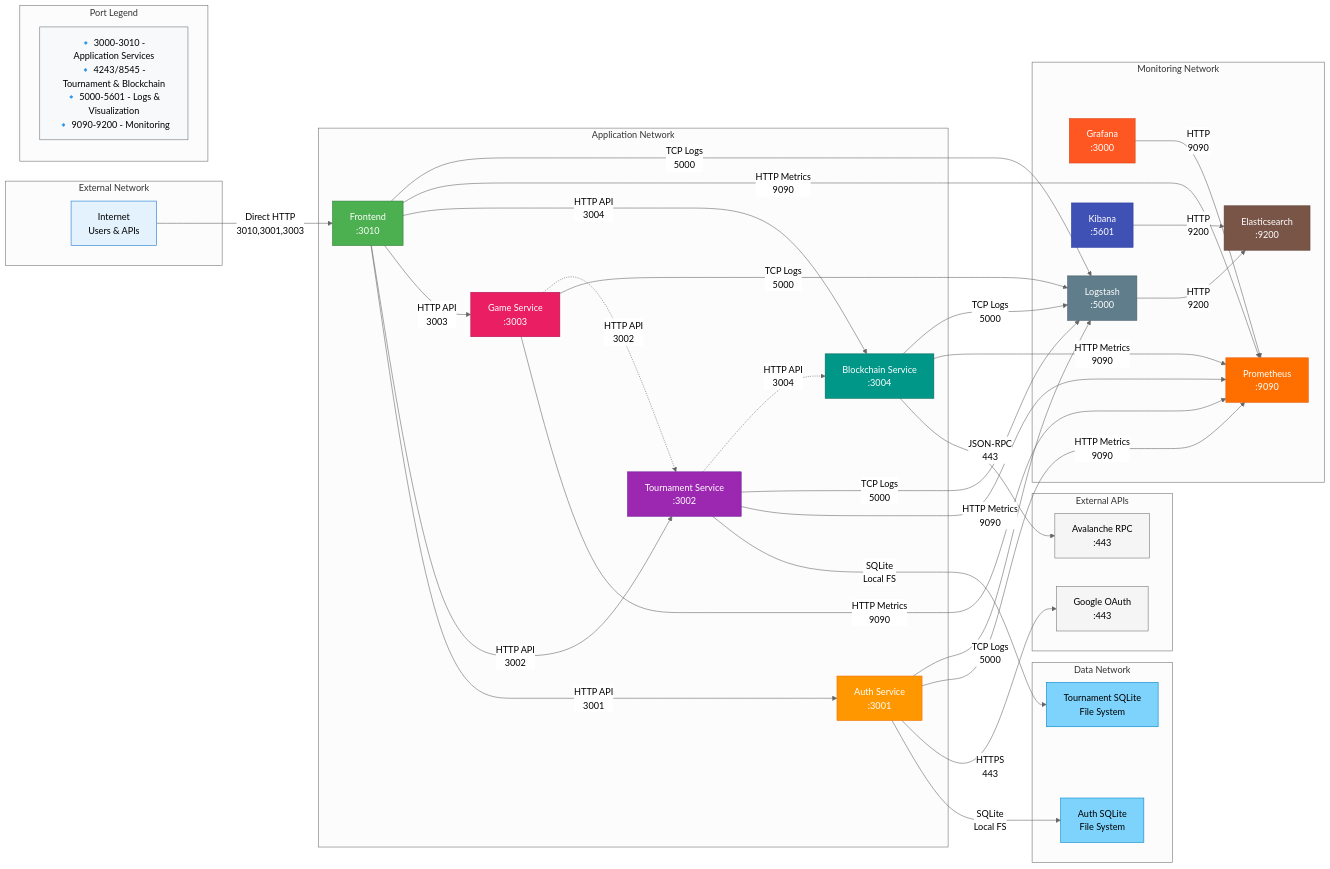
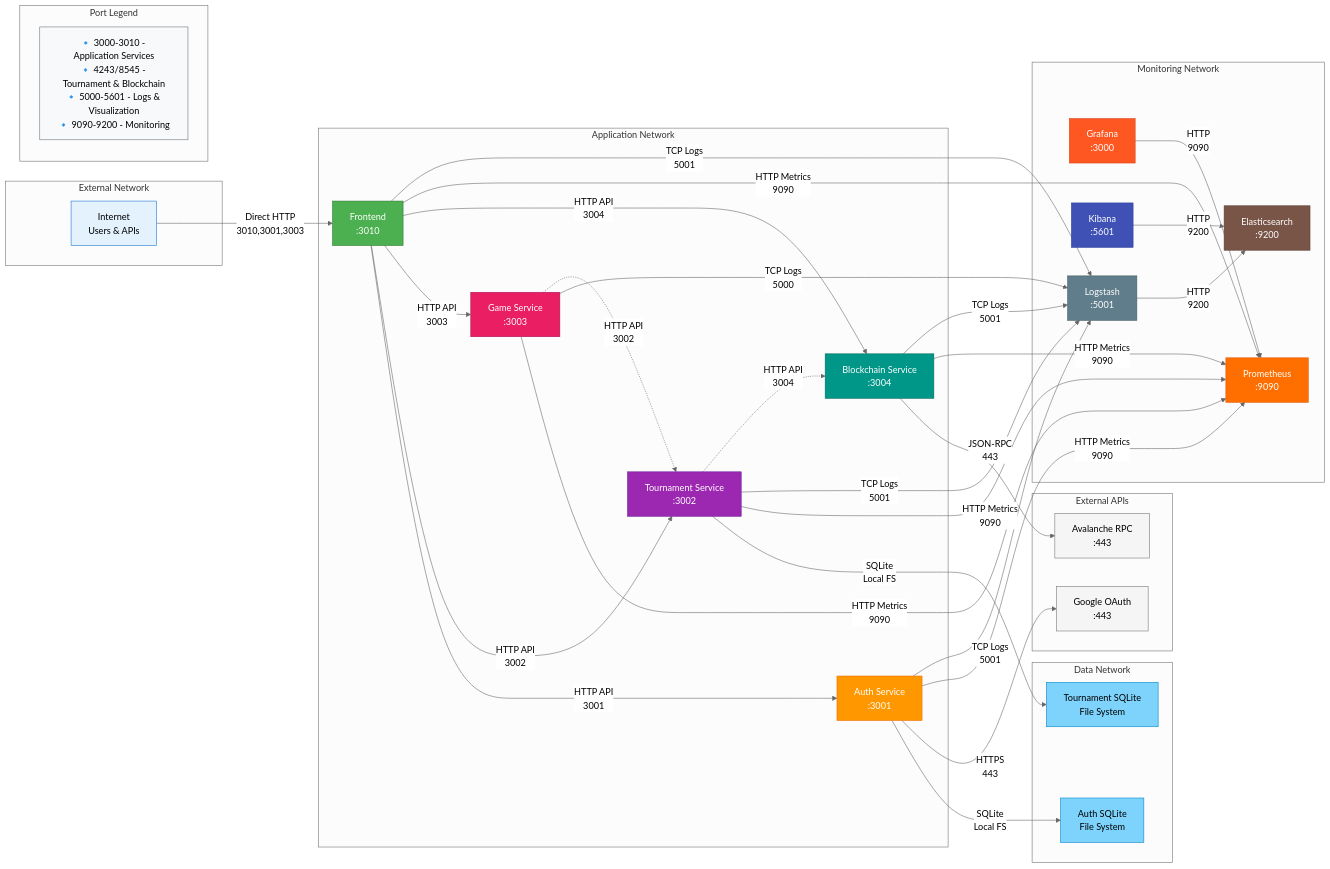
One commit to 0bvim/ft_transcendence changed the diagram in docs/architecture/network-architecture.mmd. Above: the diagram before and after it, drawn with Mermaid. The commit also changed 4 other files, not shown here.

First line of the commit message:
docs: reorganize architecture and monitoring documentation

```diff
--- a/docs/architecture/network-architecture.mmd
+++ b/docs/architecture/network-architecture.mmd
@@ -1,95 +1,95 @@
 %%{init: {'theme':'neutral'}}%%
 flowchart LR
     subgraph "External Network"
         Internet[Internet<br/>Users & APIs]
     end
     
 
     
     subgraph "Application Network"
         Frontend[Frontend<br/>:3010]
         Auth[Auth Service<br/>:3001]
         Tournament[Tournament Service<br/>:3002]
         Game[Game Service<br/>:3003]
         Blockchain[Blockchain Service<br/>:3004]
     end
     
     subgraph "Data Network"
         AuthSQLite[Auth SQLite<br/>File System]
         TournamentSQLite[Tournament SQLite<br/>File System]
     end
     
     subgraph "Monitoring Network"
         Prometheus[Prometheus<br/>:9090]
         Grafana[Grafana<br/>:3000]
         ElasticSearch[Elasticsearch<br/>:9200]
-        Logstash[Logstash<br/>:5000]
+        Logstash[Logstash<br/>:5001]
         Kibana[Kibana<br/>:5601]
     end
     
     subgraph "External APIs"
         GoogleAPI[Google OAuth<br/>:443]
         AvalancheRPC[Avalanche RPC<br/>:443]
     end
     
     %% Network Flow
     Internet -->|Direct HTTP<br/>3010,3001,3003| Frontend
     
     Frontend -->|HTTP API<br/>3001| Auth
     Frontend -->|HTTP API<br/>3002| Tournament
     Frontend -->|HTTP API<br/>3003| Game
     Frontend -->|HTTP API<br/>3004| Blockchain
     
     %% Database Connections
     Auth -->|SQLite<br/>Local FS| AuthSQLite
     Tournament -->|SQLite<br/>Local FS| TournamentSQLite
     
     %% External API Connections
     Auth -->|HTTPS<br/>443| GoogleAPI
     Blockchain -->|JSON-RPC<br/>443| AvalancheRPC
     
     %% Monitoring Connections
     Frontend -->|HTTP Metrics<br/>9090| Prometheus
     Auth -->|HTTP Metrics<br/>9090| Prometheus
     Tournament -->|HTTP Metrics<br/>9090| Prometheus
     Game -->|HTTP Metrics<br/>9090| Prometheus
     Blockchain -->|HTTP Metrics<br/>9090| Prometheus
     
-    Frontend -->|TCP Logs<br/>5000| Logstash
-    Auth -->|TCP Logs<br/>5000| Logstash
-    Tournament -->|TCP Logs<br/>5000| Logstash
+    Frontend -->|TCP Logs<br/>5001| Logstash
+    Auth -->|TCP Logs<br/>5001| Logstash
+    Tournament -->|TCP Logs<br/>5001| Logstash
     Game -->|TCP Logs<br/>5000| Logstash
-    Blockchain -->|TCP Logs<br/>5000| Logstash
+    Blockchain -->|TCP Logs<br/>5001| Logstash
     
     Logstash -->|HTTP<br/>9200| ElasticSearch
     Kibana -->|HTTP<br/>9200| ElasticSearch
     Grafana -->|HTTP<br/>9090| Prometheus
     
     %% Inter-service Communication
     Tournament -.->|HTTP API<br/>3004| Blockchain
     Game -.->|HTTP API<br/>3002| Tournament
     
     %% Network Ports Legend
     subgraph "Port Legend"
         PortInfo["🔹 3000-3010 - Application Services<br/>🔹 4243/8545 - Tournament & Blockchain<br/>🔹 5000-5601 - Logs & Visualization<br/>🔹 9090-9200 - Monitoring"]
     end
     
     %% Styling
     style Internet fill:#e3f2fd,stroke:#1976d2
 
     style Frontend fill:#4caf50,color:#fff,stroke:#2e7d32
     style Auth fill:#ff9800,color:#fff,stroke:#ef6c00
     style Tournament fill:#9c27b0,color:#fff,stroke:#6a1b9a
     style Game fill:#e91e63,color:#fff,stroke:#ad1457
     style Blockchain fill:#009688,color:#fff,stroke:#00695c
     style AuthSQLite fill:#7dd3fc,stroke:#0284c7
     style TournamentSQLite fill:#7dd3fc,stroke:#0284c7
 
     style Prometheus fill:#ff6f00,color:#fff,stroke:#e65100
     style Grafana fill:#ff5722,color:#fff,stroke:#d84315
     style ElasticSearch fill:#795548,color:#fff,stroke:#5d4037
     style Logstash fill:#607d8b,color:#fff,stroke:#455a64
     style Kibana fill:#3f51b5,color:#fff,stroke:#303f9f
     style GoogleAPI fill:#f5f5f5,stroke:#757575
     style AvalancheRPC fill:#f5f5f5,stroke:#757575
     style PortInfo fill:#f8f9fa,stroke:#6c757d 
```
